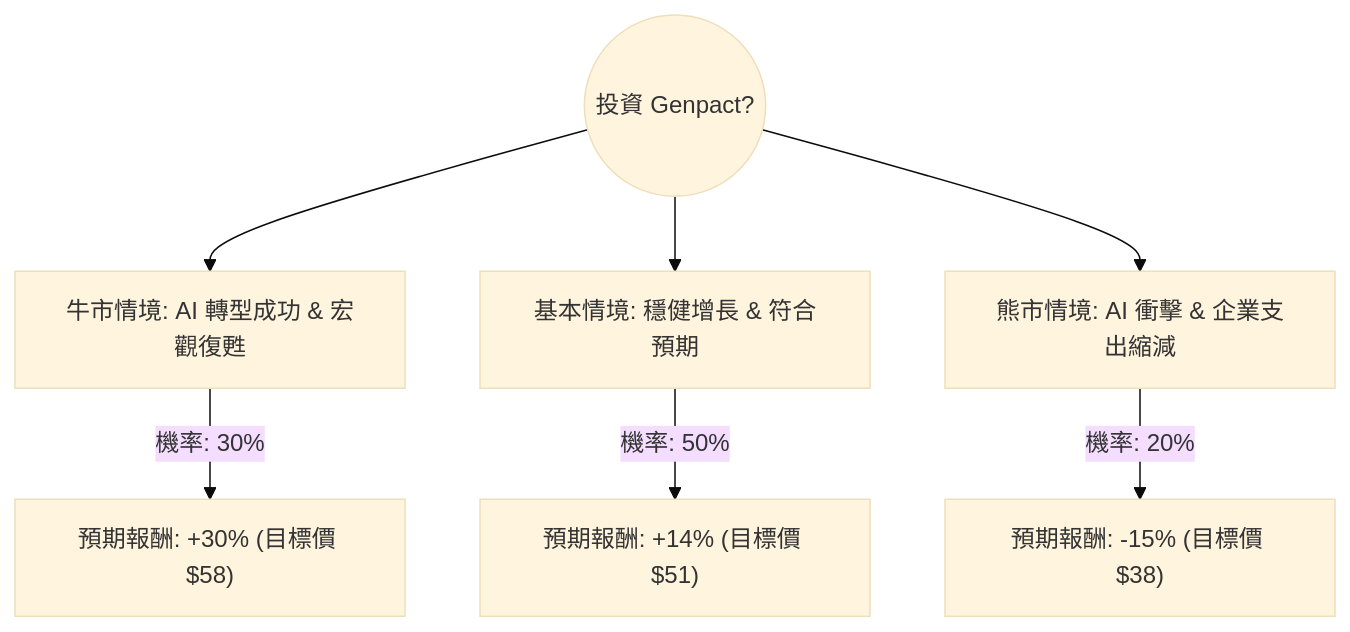
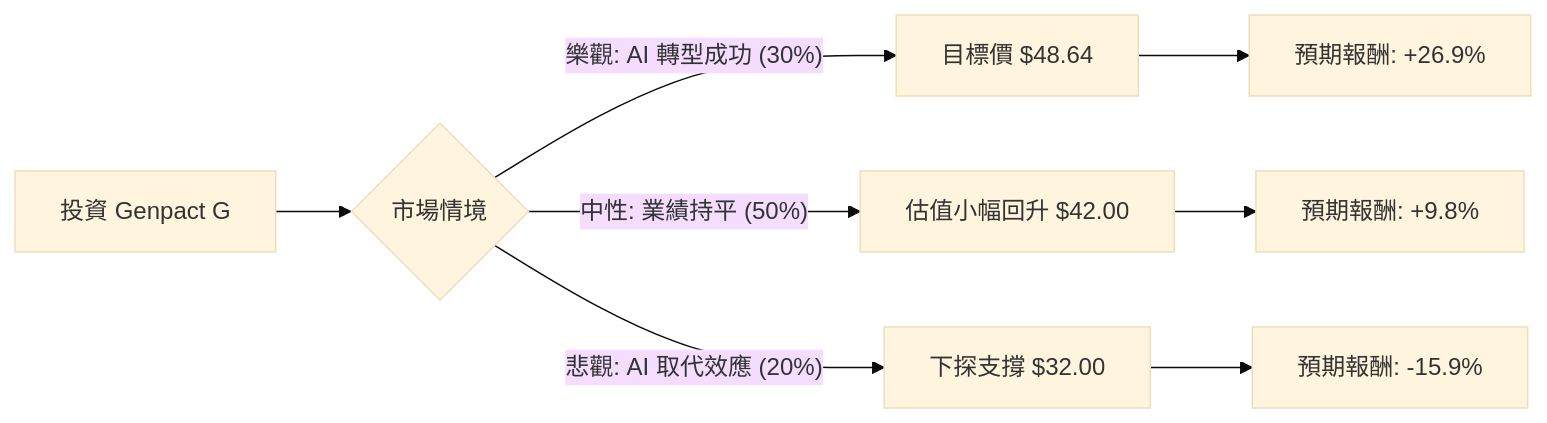
The diagram in plugin-react/ai-analysis/ev-analysis/G.md (zmcx16/zmcx16.github.io), drawn with Mermaid (base theme) before and after one commit. The commit also changed other lines of this file and 50 other files, not shown here.

````diff
--- a/plugin-react/ai-analysis/ev-analysis/G.md
+++ b/plugin-react/ai-analysis/ev-analysis/G.md
@@ -21,10 +22,12 @@
 ```mermaid
-graph TD
-    Start((投資 Genpact?)) --> Bull[牛市情境: AI 轉型成功 & 宏觀復甦]
-    Start --> Base[基本情境: 穩健增長 & 符合預期]
-    Start --> Bear[熊市情境: AI 衝擊 & 企業支出縮減]
+graph LR
+    A[投資 Genpact G] --> B{市場情境}
+    
+    B -- 樂觀: AI 轉型成功 (30%) --> C[目標價 $48.64]
+    B -- 中性: 業績持平 (50%) --> D[估值小幅回升 $42.00]
+    B -- 悲觀: AI 取代效應 (20%) --> E[下探支撐 $32.00]
 
-    Bull -- "機率: 30%" --> BullResult["預期報酬: +30% (目標價 $58)"]
-    Base -- "機率: 50%" --> BaseResult["預期報酬: +14% (目標價 $51)"]
-    Bear -- "機率: 20%" --> BearResult["預期報酬: -15% (目標價 $38)"]
+    C --> C1[預期報酬: +26.9%]
+    D --> D1[預期報酬: +9.8%]
+    E --> E1[預期報酬: -15.9%]
 ```
````
